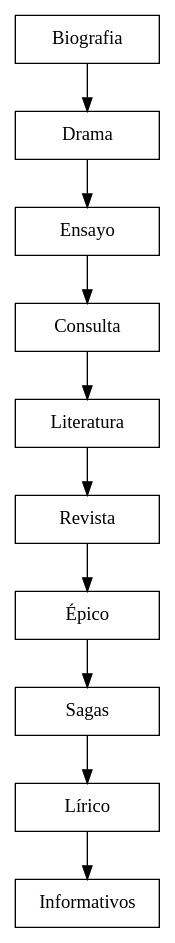
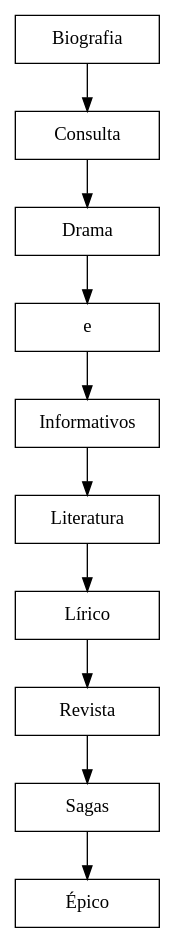
One commit to ChrisUSAC/EDD_1S2020_PY2_201709272 changed the diagram in USACLibrary/RecorridoAVL.dot. Above: the diagram before and after it, drawn with Graphviz. The commit also changed 20 other files, not shown here.

```diff
--- a/USACLibrary/RecorridoAVL.dot
+++ b/USACLibrary/RecorridoAVL.dot
@@ -1,53 +1,53 @@
 digraph G{ 
 
 node[ shape = box] 
 
 ABiografia[label = "Biografia
 ", width=1.5];
 
+AConsulta[label = "Consulta
+", width=1.5];
+
 ADrama[label = "Drama
 ", width=1.5];
 
-AEnsayo[label = "Ensayo
+Ae[label = "e
 ", width=1.5];
 
-AConsulta[label = "Consulta
+AInformativos[label = "Informativos
 ", width=1.5];
 
 ALiteratura[label = "Literatura
 ", width=1.5];
 
+ALírico[label = "Lírico
+", width=1.5];
+
 ARevista[label = "Revista
+", width=1.5];
+
+ASagas[label = "Sagas
 ", width=1.5];
 
 AÉpico[label = "Épico
 ", width=1.5];
 
-ASagas[label = "Sagas
-", width=1.5];
+ABiografia -> AConsulta
 
-ALírico[label = "Lírico
-", width=1.5];
+AConsulta -> ADrama
 
-AInformativos[label = "Informativos
-", width=1.5];
+ADrama -> Ae
 
-ABiografia -> ADrama
+Ae -> AInformativos
 
-ADrama -> AEnsayo
+AInformativos -> ALiteratura
 
-AEnsayo -> AConsulta
+ALiteratura -> ALírico
 
-AConsulta -> ALiteratura
+ALírico -> ARevista
 
-ALiteratura -> ARevista
+ARevista -> ASagas
 
-ARevista -> AÉpico
-
-AÉpico -> ASagas
-
-ASagas -> ALírico
-
-ALírico -> AInformativos
+ASagas -> AÉpico
 
 }
```
